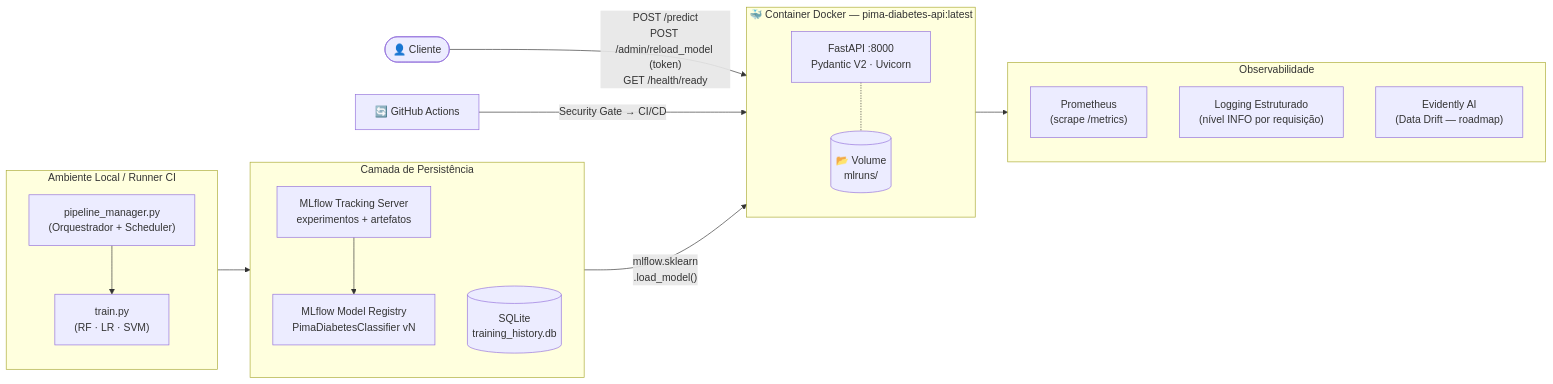
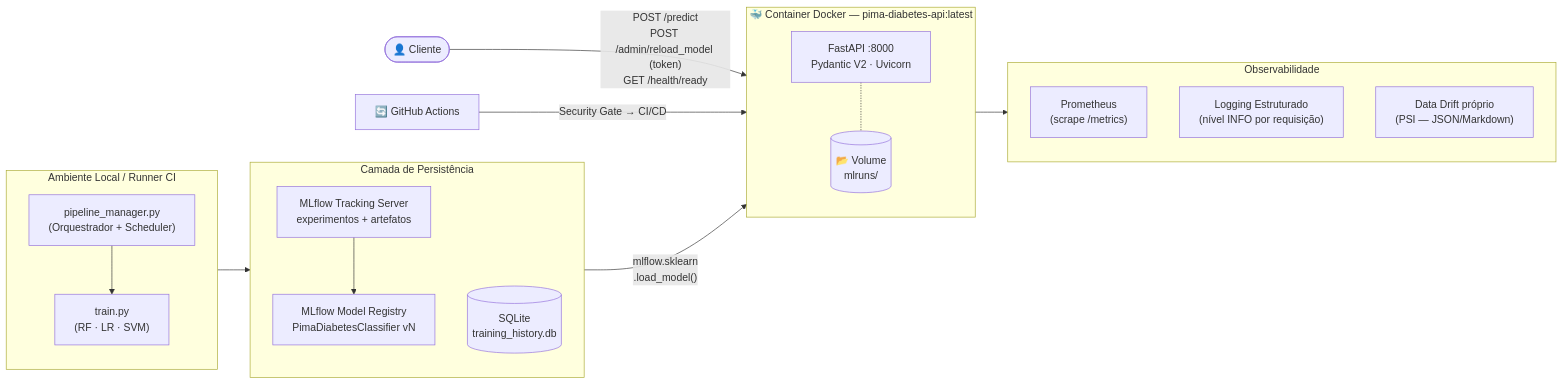
Before and after one commit to ArthurS357/santander-ml-pipeline: the second of 2 diagrams in README.md, drawn with Mermaid. The commit also changed other lines of this file and 1 other file, not shown here.

First line of the commit message:
docs(readme): align docs with v1.0.1 and PSI drift implementation

````diff
--- a/README.md
+++ b/README.md
@@ -112,38 +112,38 @@
 ```mermaid
 graph LR
     subgraph LOCAL ["Ambiente Local / Runner CI"]
         direction TB
         PM["pipeline_manager.py\n(Orquestrador + Scheduler)"]
         TR["train.py\n(RF · LR · SVM)"]
         PM --> TR
     end
 
     subgraph STORAGE ["Camada de Persistência"]
         direction TB
         MLFLOW_T["MLflow Tracking Server\nexperimentos + artefatos"]
         MLFLOW_R["MLflow Model Registry\nPimaDiabetesClassifier vN"]
         SQLITE[(SQLite\ntraining_history.db)]
         MLFLOW_T --> MLFLOW_R
     end
 
     TR --> STORAGE
 
     subgraph CONTAINER ["🐳  Container Docker — pima-diabetes-api:latest"]
         direction TB
         API["FastAPI :8000\nPydantic V2 · Uvicorn"]
         VOL[("📂 Volume\nmlruns/")]
         API -.- VOL
     end
 
     MLFLOW_R -->|"mlflow.sklearn\n.load_model()"| API
 
     subgraph OBS ["Observabilidade"]
         PROM["Prometheus\n(scrape /metrics)"]
         LOG["Logging Estruturado\n(nível INFO por requisição)"]
-        DRIFT["Evidently AI\n(Data Drift — roadmap)"]
+        DRIFT["Data Drift próprio\n(PSI — JSON/Markdown)"]
     end
 
     API --> OBS
     CLIENT(["👤 Cliente"]) -->|"POST /predict\nPOST /admin/reload_model (token)\nGET /health/ready"| API
     GHA["🔄 GitHub Actions"] -->|"Security Gate → CI/CD"| CONTAINER
 ```
````
